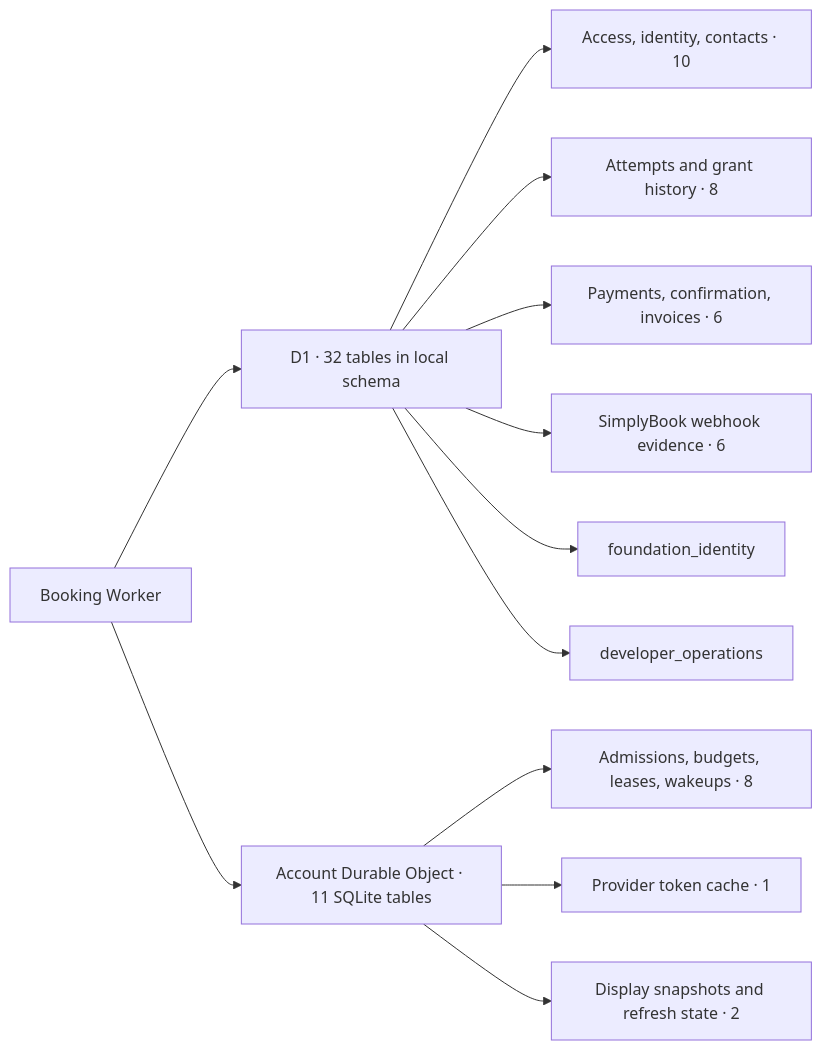
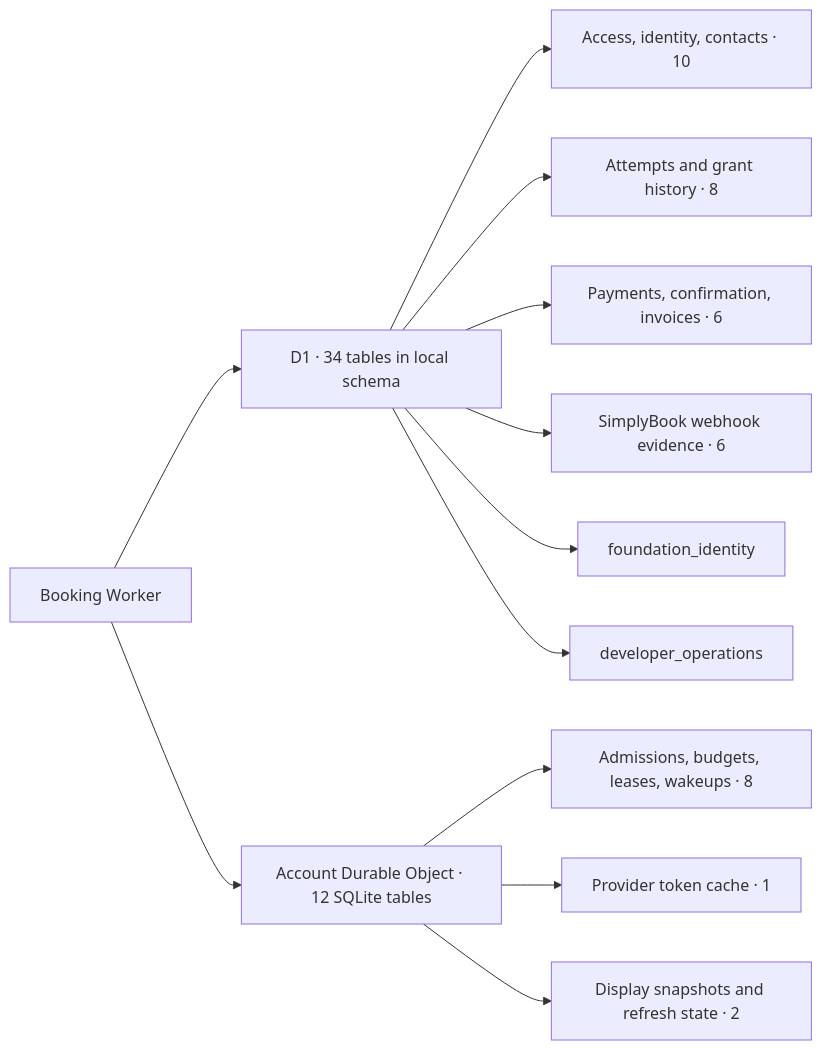
One commit to soccerbotstudiosg/soccerbotstudioSG changed the first of 8 diagrams in docs/architecture/database-schema.md. Above: the diagram before and after it, drawn with Mermaid. The commit also changed other lines of this file and 89 other files, not shown here.

````diff
--- a/docs/architecture/database-schema.md
+++ b/docs/architecture/database-schema.md
@@ -13,14 +14,14 @@
 ```mermaid
 flowchart LR
-  Worker["Booking Worker"] --> D1["D1 · 32 tables in local schema"]
-  Worker --> DO["Account Durable Object · 11 SQLite tables"]
+  Worker["Booking Worker"] --> D1["D1 · 34 tables in local schema"]
+  Worker --> DO["Account Durable Object · 12 SQLite tables"]
   D1 --> Identity["Access, identity, contacts · 10"]
   D1 --> Booking["Attempts and grant history · 8"]
   D1 --> Payment["Payments, confirmation, invoices · 6"]
   D1 --> Webhook["SimplyBook webhook evidence · 6"]
   D1 --> foundation_identity["foundation_identity"]
   D1 --> developer_operations["developer_operations"]
   DO --> Coordination["Admissions, budgets, leases, wakeups · 8"]
   DO --> Tokens["Provider token cache · 1"]
   DO --> Display["Display snapshots and refresh state · 2"]
 ```
````
